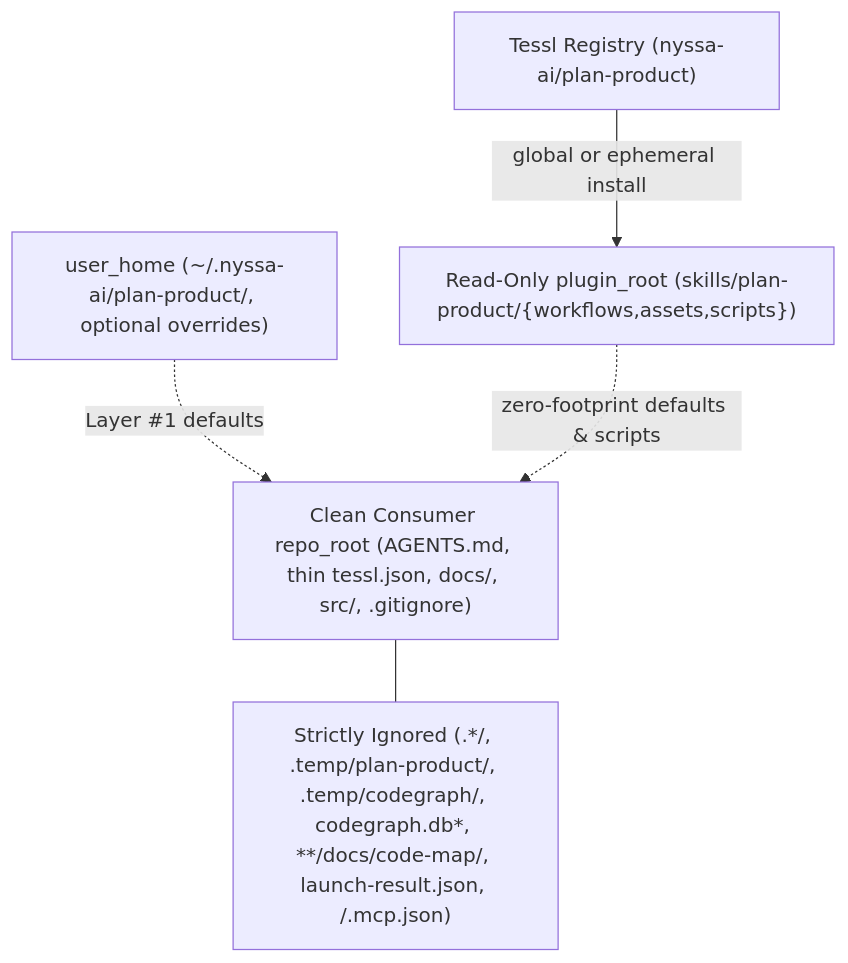
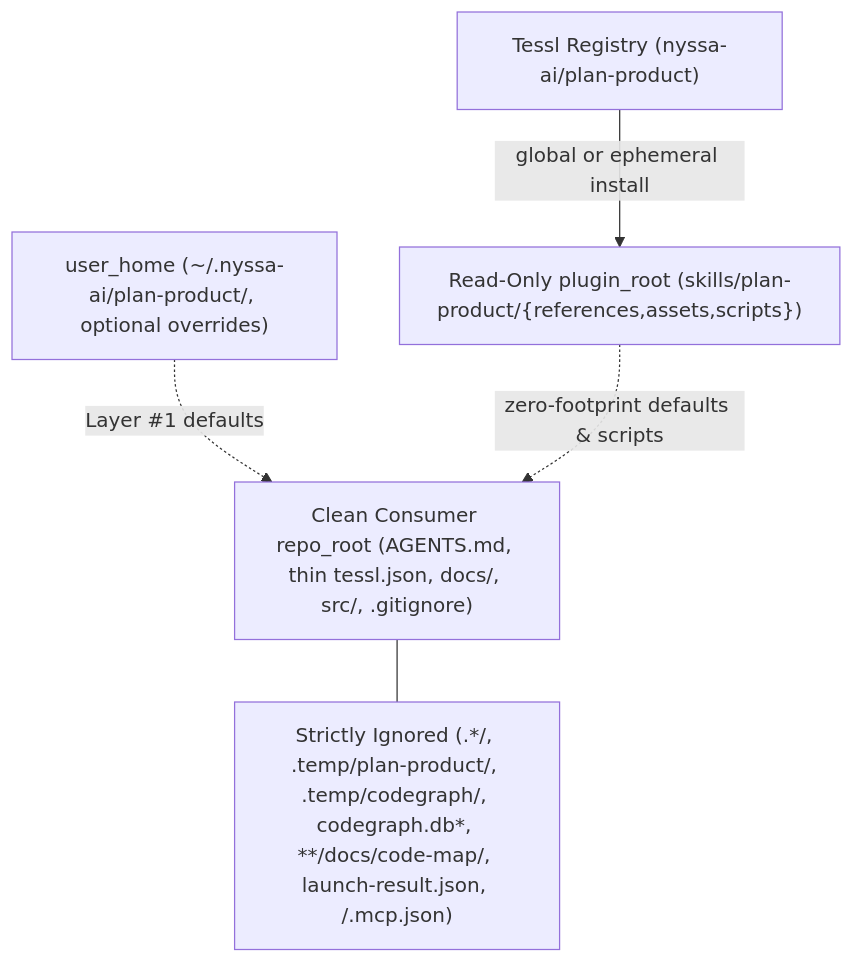
Before and after one commit to NyssaAI/product-planning: the diagram in docs/concepts/c-04-external-plugin-isolation.md, drawn with Mermaid. The commit also changed other lines of this file and 35 other files, not shown here.

Commit message:
feat(plan-product): Tessl-native references layout & skill quality fixes (v0.14.1) (#57)

````diff
--- a/docs/concepts/c-04-external-plugin-isolation.md
+++ b/docs/concepts/c-04-external-plugin-isolation.md
@@ -29,7 +29,7 @@
 ```mermaid
 flowchart TB
-    REG["Tessl Registry (nyssa-ai/plan-product)"] -->|global or ephemeral install| CACHE["Read-Only plugin_root (skills/plan-product/{workflows,assets,scripts})"]
+    REG["Tessl Registry (nyssa-ai/plan-product)"] -->|global or ephemeral install| CACHE["Read-Only plugin_root (skills/plan-product/{references,assets,scripts})"]
     HOME["user_home (~/.nyssa-ai/plan-product/, optional overrides)"] -.->|Layer #1 defaults| REPO
     CACHE -.->|zero-footprint defaults & scripts| REPO["Clean Consumer repo_root (AGENTS.md, thin tessl.json, docs/, src/, .gitignore)"]
     REPO --- IGNORED["Strictly Ignored (.*/, .temp/plan-product/, .temp/codegraph/, codegraph.db*, **/docs/code-map/, launch-result.json, /.mcp.json)"]
 ```
````
